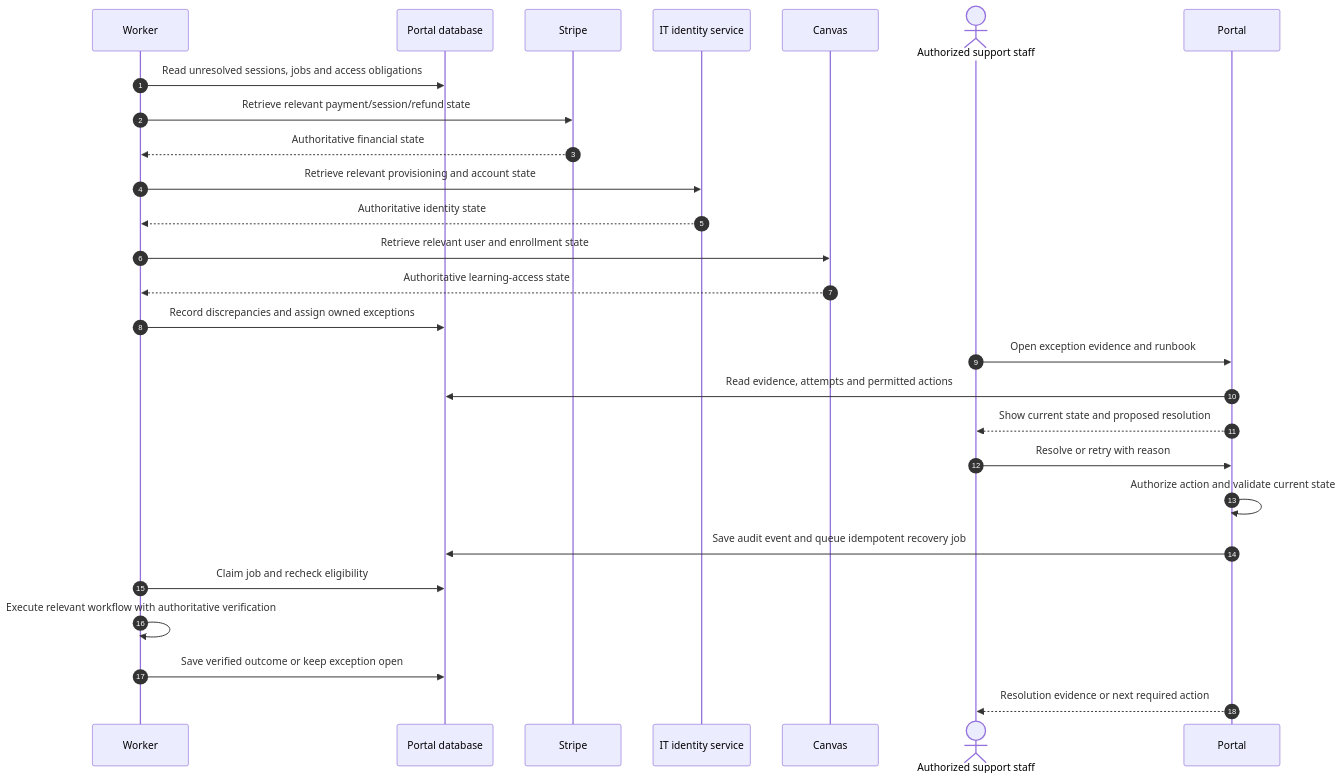
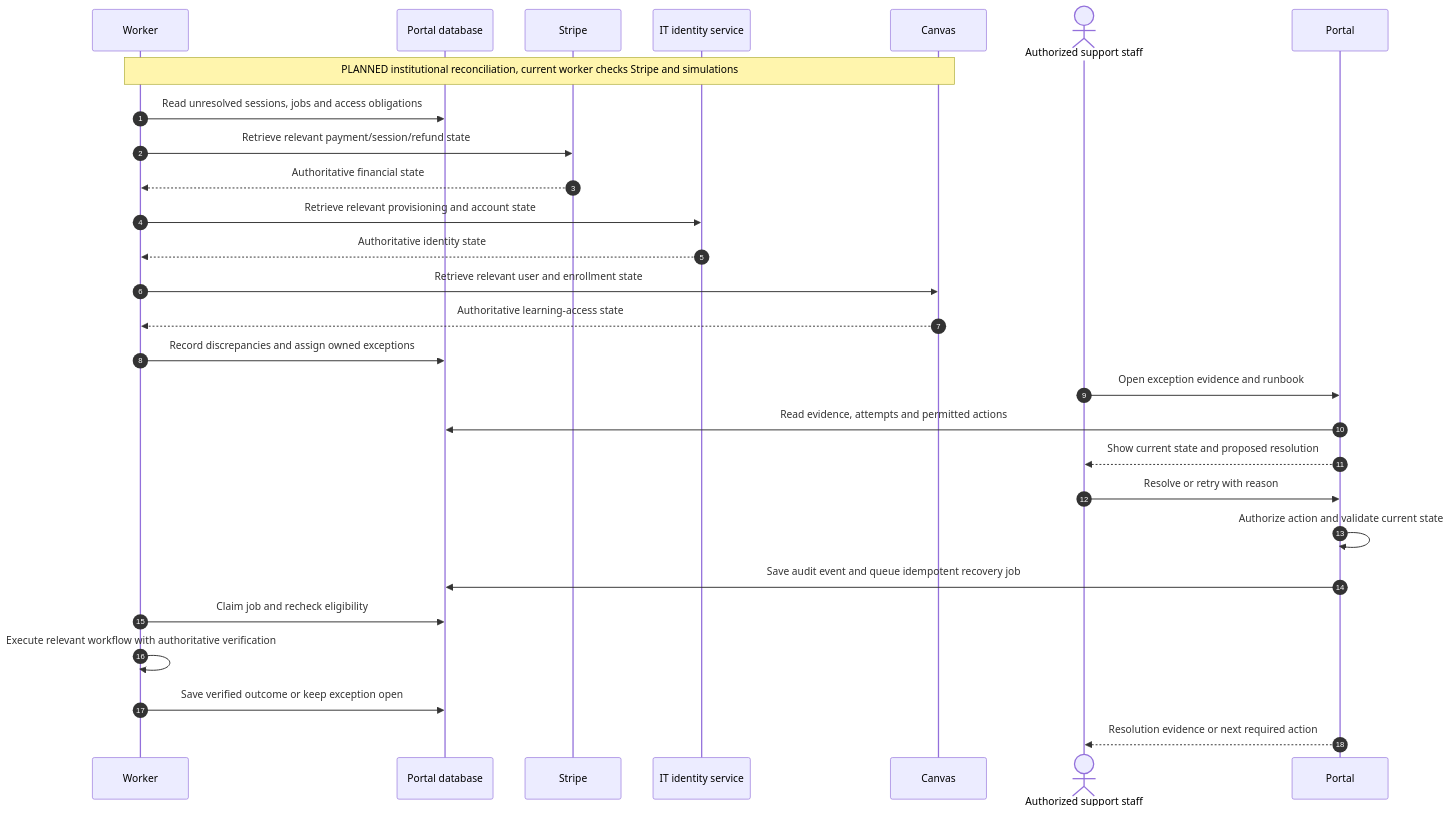
One commit to dr-grizz/Continuing-Education changed diagram 13 of 14 in docs/implementation-plan.md. Above: the diagram before and after it, drawn with Mermaid. The commit also changed other lines of this file and 74 other files, not shown here.

````diff
--- a/docs/implementation-plan.md
+++ b/docs/implementation-plan.md
@@ -764,29 +877,30 @@
 ```mermaid
 sequenceDiagram
     autonumber
     participant Worker
     participant DB as Portal database
     participant Stripe
     participant Identity as IT identity service
     participant Canvas
     actor Staff as Authorized support staff
     participant Portal
+    Note over Worker,Canvas: PLANNED institutional reconciliation, current worker checks Stripe and simulations
     Worker->>DB: Read unresolved sessions, jobs and access obligations
     Worker->>Stripe: Retrieve relevant payment/session/refund state
     Stripe-->>Worker: Authoritative financial state
     Worker->>Identity: Retrieve relevant provisioning and account state
     Identity-->>Worker: Authoritative identity state
     Worker->>Canvas: Retrieve relevant user and enrollment state
     Canvas-->>Worker: Authoritative learning-access state
     Worker->>DB: Record discrepancies and assign owned exceptions
     Staff->>Portal: Open exception evidence and runbook
     Portal->>DB: Read evidence, attempts and permitted actions
     Portal-->>Staff: Show current state and proposed resolution
     Staff->>Portal: Resolve or retry with reason
     Portal->>Portal: Authorize action and validate current state
     Portal->>DB: Save audit event and queue idempotent recovery job
     Worker->>DB: Claim job and recheck eligibility
     Worker->>Worker: Execute relevant workflow with authoritative verification
     Worker->>DB: Save verified outcome or keep exception open
     Portal-->>Staff: Resolution evidence or next required action
 ```
````
